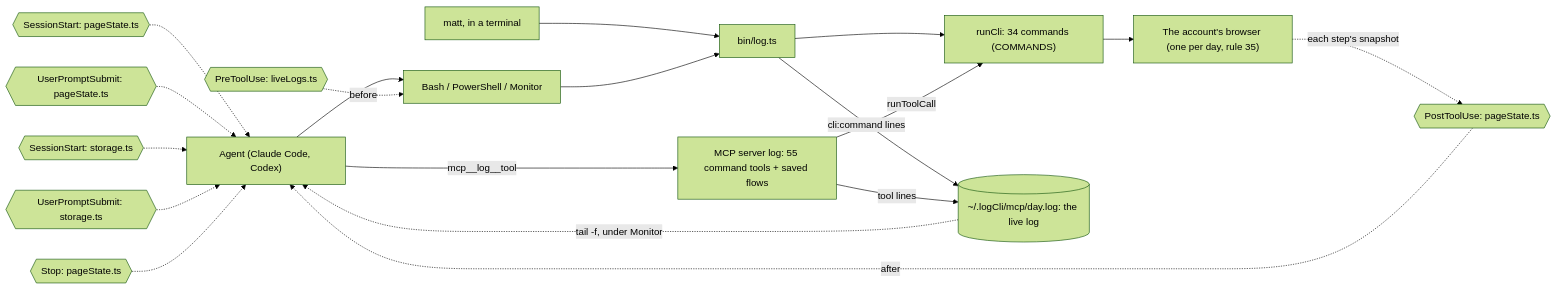
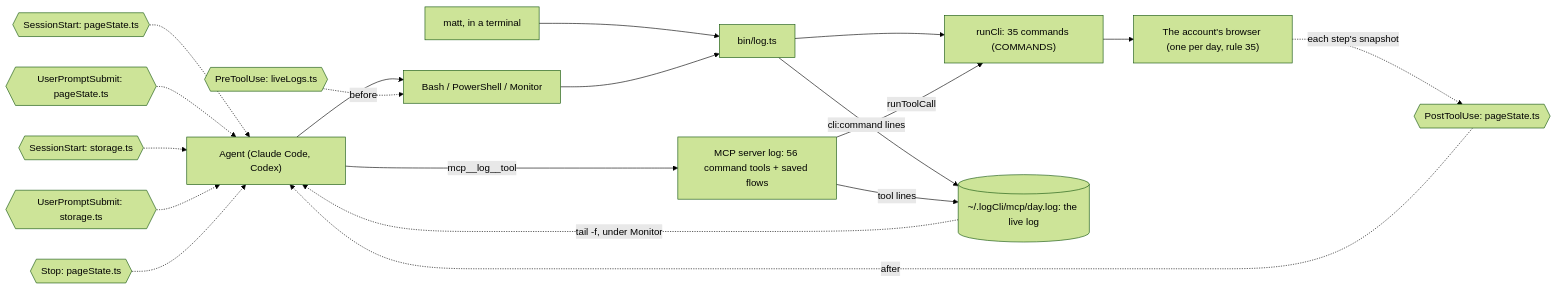
One commit to matthewdonsemail-lab/log changed the second of 5 diagrams in README.md. Above: the diagram before and after it, drawn with Mermaid (forest theme). The commit also changed other lines of this file and 26 other files, not shown here.

Commit message:
feat: page state and progress in every MCP tool result, log browsers (Duet plan step 3)

````diff
--- a/README.md
+++ b/README.md
@@ -87,29 +87,29 @@
 ```mermaid
 flowchart LR
   agent["Agent (Claude Code, Codex)"]
   matt["matt, in a terminal"]
   shell["Bash / PowerShell / Monitor"]
-  mcp["MCP server log: 55 command tools + saved flows"]
+  mcp["MCP server log: 56 command tools + saved flows"]
   bin["bin/log.ts"]
-  runCli["runCli: 34 commands (COMMANDS)"]
+  runCli["runCli: 35 commands (COMMANDS)"]
   live[("~/.logCli/mcp/day.log: the live log")]
   browser["The account's browser (one per day, rule 35)"]
   agent --> shell
   matt --> bin
   shell --> bin
   agent -->|mcp__log__tool| mcp
   bin --> runCli
   mcp -->|runToolCall| runCli
   runCli --> browser
   bin -->|cli:command lines| live
   mcp -->|tool lines| live
   live -.->|tail -f, under Monitor| agent
   pre0{{"PreToolUse: liveLogs.ts"}} -.->|before| shell
   post0{{"PostToolUse: pageState.ts"}} -.->|after| agent
   turn0{{"SessionStart: pageState.ts"}} -.-> agent
   turn1{{"UserPromptSubmit: pageState.ts"}} -.-> agent
   turn2{{"SessionStart: storage.ts"}} -.-> agent
   turn3{{"UserPromptSubmit: storage.ts"}} -.-> agent
   turn4{{"Stop: pageState.ts"}} -.-> agent
   browser -.->|each step's snapshot| post0
 ```
````
